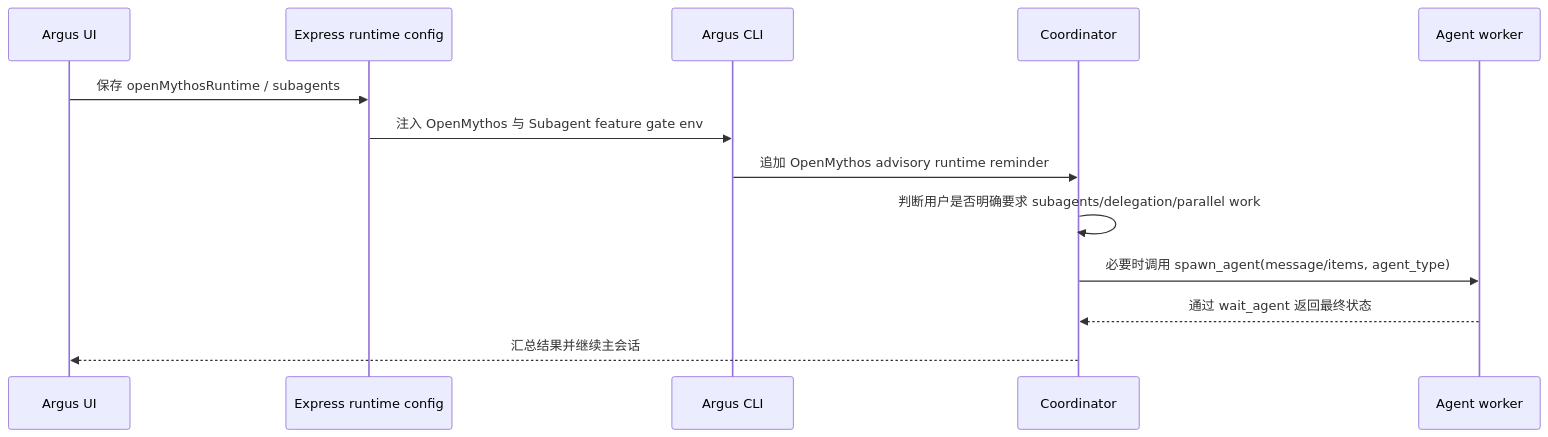
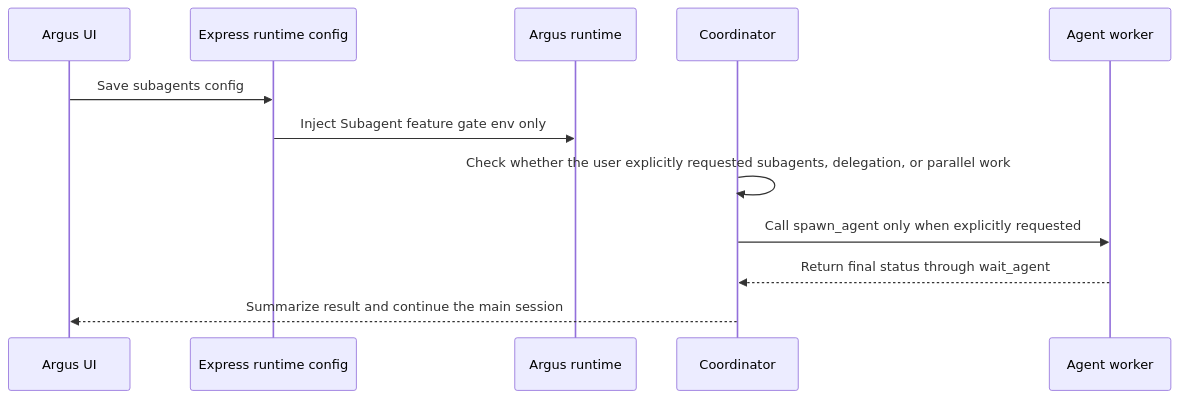
One commit to wyy-debug/AIINWORK changed the fifth of 5 diagrams in claudecodeui/docs/knowledge/04-runtime-flows.md. Above: the diagram before and after it, drawn with Mermaid. The commit also changed other lines of this file and 43 other files, not shown here.

Commit message:
feat: replace OpenMythos with Argus Brain runtime

````diff
--- a/claudecodeui/docs/knowledge/04-runtime-flows.md
+++ b/claudecodeui/docs/knowledge/04-runtime-flows.md
@@ -378,16 +378,15 @@
 ```mermaid
 sequenceDiagram
   participant UI as Argus UI
   participant API as Express runtime config
-  participant CLI as Argus CLI
+  participant CLI as Argus runtime
   participant Coord as Coordinator
   participant Worker as Agent worker
 
-  UI->>API: 保存 openMythosRuntime / subagents
-  API->>CLI: 注入 OpenMythos 与 Subagent feature gate env
-  CLI->>Coord: 追加 OpenMythos advisory runtime reminder
-  Coord->>Coord: 判断用户是否明确要求 subagents/delegation/parallel work
-  Coord->>Worker: 必要时调用 spawn_agent(message/items, agent_type)
-  Worker-->>Coord: 通过 wait_agent 返回最终状态
-  Coord-->>UI: 汇总结果并继续主会话
+  UI->>API: Save subagents config
+  API->>CLI: Inject Subagent feature gate env only
+  Coord->>Coord: Check whether the user explicitly requested subagents, delegation, or parallel work
+  Coord->>Worker: Call spawn_agent only when explicitly requested
+  Worker-->>Coord: Return final status through wait_agent
+  Coord-->>UI: Summarize result and continue the main session
 ```
````
